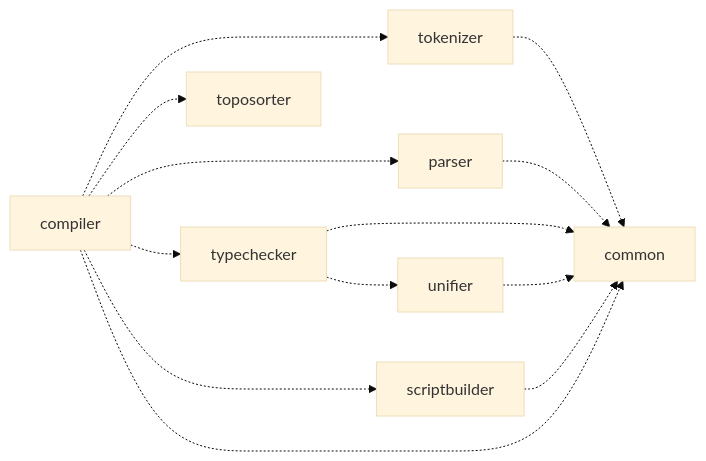
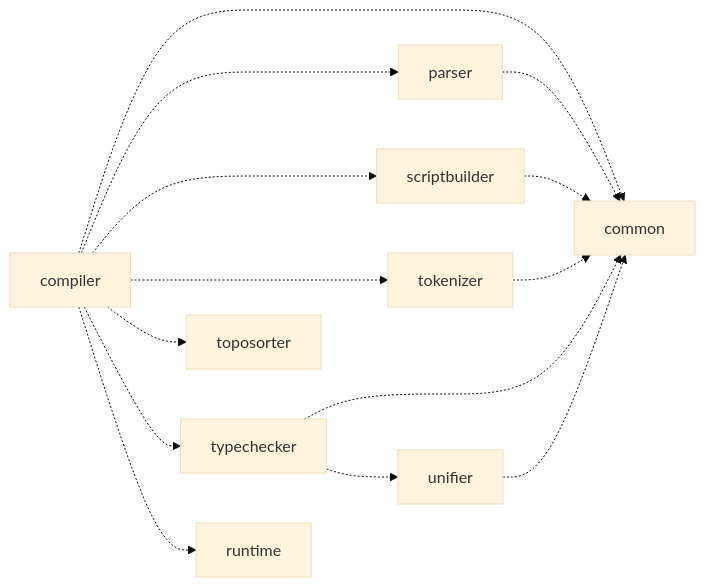
Before and after one commit to hoplang/hop: the diagram in CLAUDE.md, drawn with Mermaid (base theme). The commit also changed other lines of this file and 3 other files, not shown here.

````diff
--- a/CLAUDE.md
+++ b/CLAUDE.md
@@ -26,16 +27,16 @@
 ```mermaid
 graph LR
     tokenizer -.-> common
     parser -.-> common
-    typechecker -.-> common
     unifier -.-> common
-    typechecker -.-> unifier
-    toposorter
     scriptbuilder -.-> common
     compiler -.-> common
+    typechecker -.-> common
+    typechecker -.-> unifier
     compiler -.-> parser
     compiler -.-> scriptbuilder
     compiler -.-> tokenizer
     compiler -.-> toposorter
     compiler -.-> typechecker
+    compiler -.-> runtime
 ```
````
